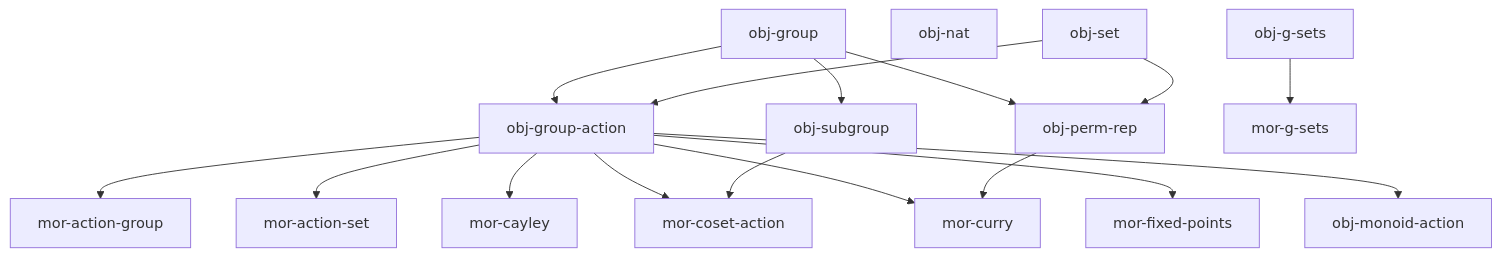
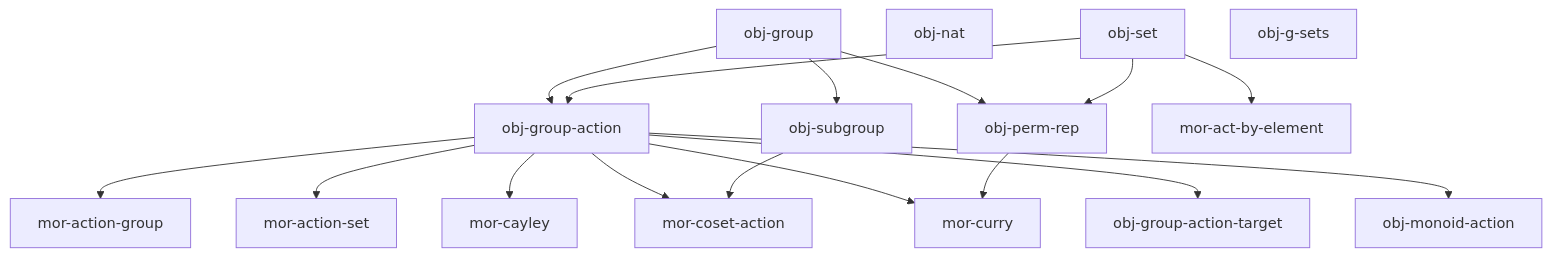
Before and after one commit to matsek-fer/reader: the sixth of 7 diagrams in examples/mini-vault/views/dag.md, drawn with Mermaid. The commit also changed other lines of this file and 376 other files, not shown here.

````diff
--- a/examples/mini-vault/views/dag.md
+++ b/examples/mini-vault/views/dag.md
@@ -99,33 +101,33 @@
 ```mermaid
 graph TD
     obj_set["obj-set"]
     obj_nat["obj-nat"]
     obj_group["obj-group"]
     obj_subgroup["obj-subgroup"]
     obj_group_action["obj-group-action"]
+    obj_group_action_target["obj-group-action-target"]
     obj_perm_rep["obj-perm-rep"]
     obj_monoid_action["obj-monoid-action"]
     obj_g_sets["obj-g-sets"]
+    mor_act_by_element["mor-act-by-element"]
     mor_action_group["mor-action-group"]
     mor_action_set["mor-action-set"]
     mor_cayley["mor-cayley"]
     mor_coset_action["mor-coset-action"]
     mor_curry["mor-curry"]
-    mor_fixed_points["mor-fixed-points"]
-    mor_g_sets["mor-g-sets"]
+    obj_set --> mor_act_by_element
     obj_group_action --> mor_action_group
     obj_group_action --> mor_action_set
     obj_group_action --> mor_cayley
     obj_group_action --> mor_coset_action
     obj_subgroup --> mor_coset_action
     obj_group_action --> mor_curry
     obj_perm_rep --> mor_curry
-    obj_group_action --> mor_fixed_points
-    obj_g_sets --> mor_g_sets
     obj_group --> obj_group_action
     obj_set --> obj_group_action
+    obj_group_action --> obj_group_action_target
     obj_group_action --> obj_monoid_action
     obj_group --> obj_perm_rep
     obj_set --> obj_perm_rep
     obj_group --> obj_subgroup
 ```
````
